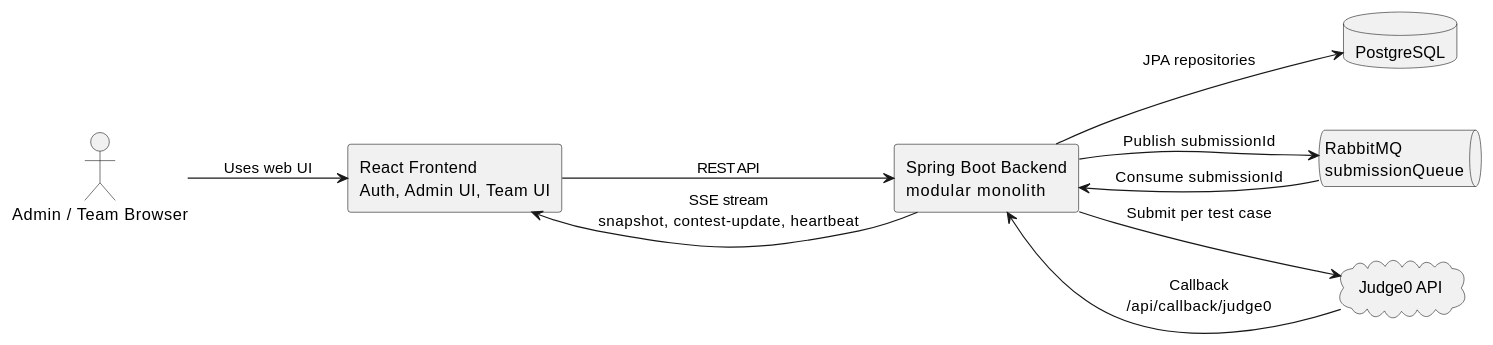
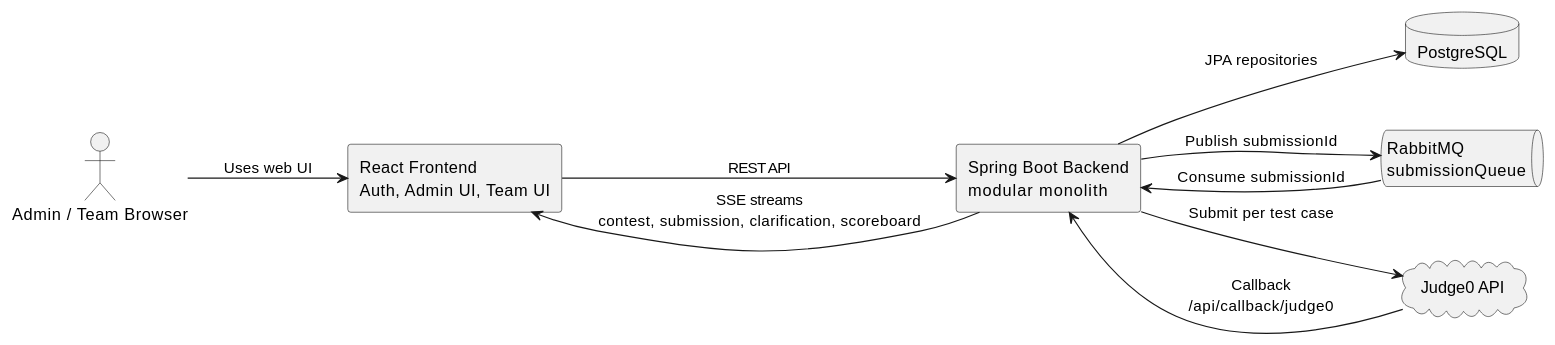
One commit to AuraC-graduate-project/AuraC2 changed the first of 18 diagrams in docs/report-rebuild/diagram-prompts.md. Above: the diagram before and after it, drawn with PlantUML. The commit also changed other lines of this file and 36 other files, not shown here.

````diff
--- a/docs/report-rebuild/diagram-prompts.md
+++ b/docs/report-rebuild/diagram-prompts.md
@@ -16,19 +19,19 @@
 ```plantuml
 @startuml
 left to right direction
 actor "Admin / Team Browser" as Browser
 rectangle "React Frontend\nAuth, Admin UI, Team UI" as FE
 rectangle "Spring Boot Backend\nmodular monolith" as BE
 database "PostgreSQL" as DB
 queue "RabbitMQ\nsubmissionQueue" as MQ
 cloud "Judge0 API" as J0
 Browser --> FE : Uses web UI
 FE --> BE : REST API
-BE --> FE : SSE stream\nsnapshot, contest-update, heartbeat
+BE --> FE : SSE streams\ncontest, submission, clarification, scoreboard
 BE --> DB : JPA repositories
 BE --> MQ : Publish submissionId
 MQ --> BE : Consume submissionId
 BE --> J0 : Submit per test case
 J0 --> BE : Callback\n/api/callback/judge0
 @enduml
 ```
````
